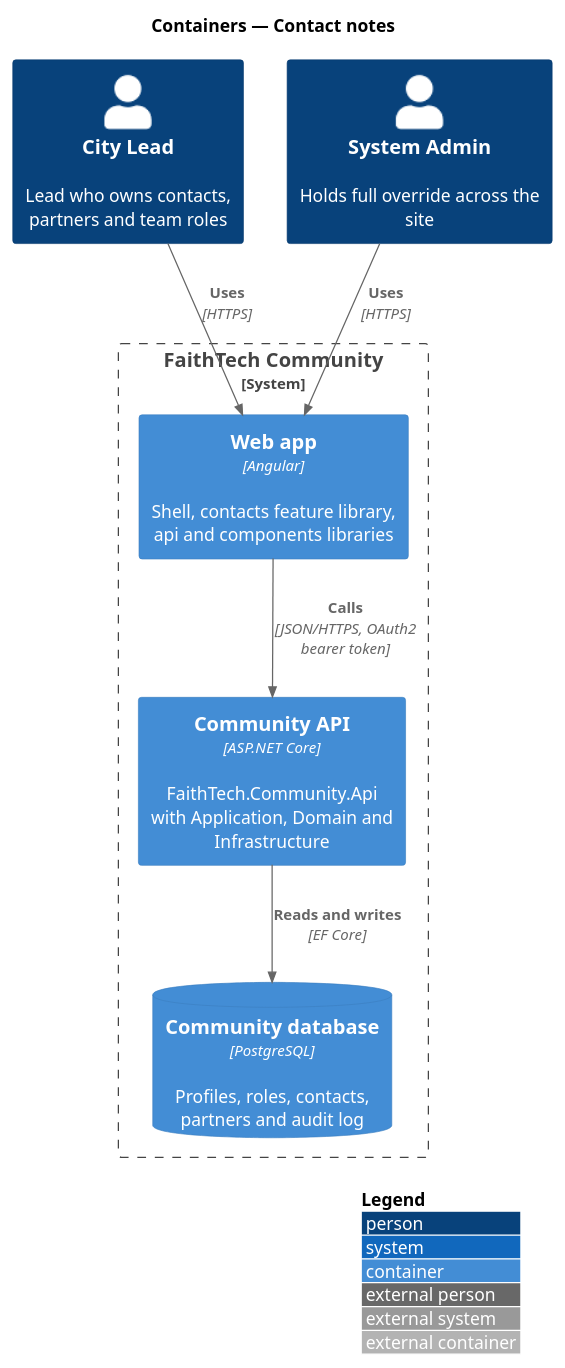
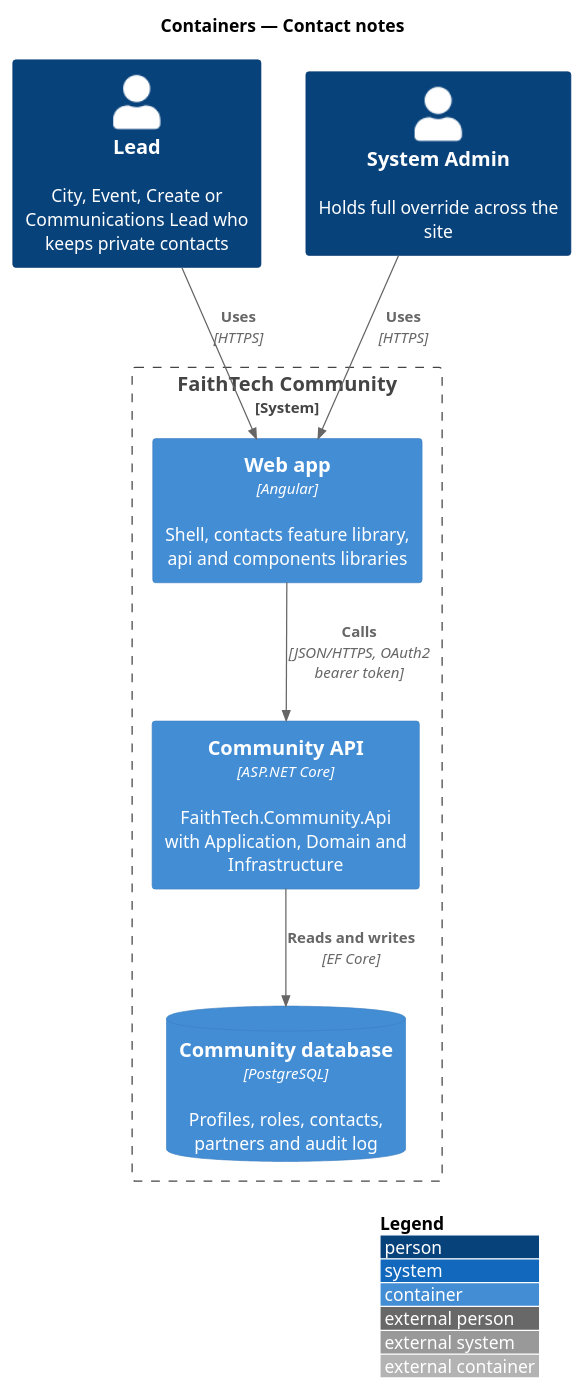
Before and after one commit to QuinntyneBrown/faithtech-community: the diagram in docs/detailed-designs/contacts/contact-notes/diagrams/c4-container.puml, drawn with PlantUML. The commit also changed 79 other files, not shown here.

First line of the commit message:
Align the contacts and partners designs and diagrams with the built code

```diff
--- a/docs/detailed-designs/contacts/contact-notes/diagrams/c4-container.puml
+++ b/docs/detailed-designs/contacts/contact-notes/diagrams/c4-container.puml
@@ -1,16 +1,16 @@
 @startuml
 !include <C4/C4_Container>
 LAYOUT_WITH_LEGEND()
 title Containers — Contact notes
-Person(lead, "City Lead", "Lead who owns contacts, partners and team roles")
+Person(lead, "Lead", "City, Event, Create or Communications Lead who keeps private contacts")
 Person(admin, "System Admin", "Holds full override across the site")
 System_Boundary(community, "FaithTech Community") {
   Container(web, "Web app", "Angular", "Shell, contacts feature library, api and components libraries")
   Container(api, "Community API", "ASP.NET Core", "FaithTech.Community.Api with Application, Domain and Infrastructure")
   ContainerDb(db, "Community database", "PostgreSQL", "Profiles, roles, contacts, partners and audit log")
 }
 Rel(lead, web, "Uses", "HTTPS")
 Rel(admin, web, "Uses", "HTTPS")
 Rel(web, api, "Calls", "JSON/HTTPS, OAuth2 bearer token")
 Rel(api, db, "Reads and writes", "EF Core")
 @enduml
```
